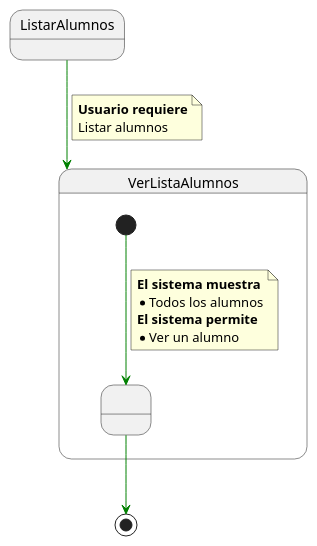
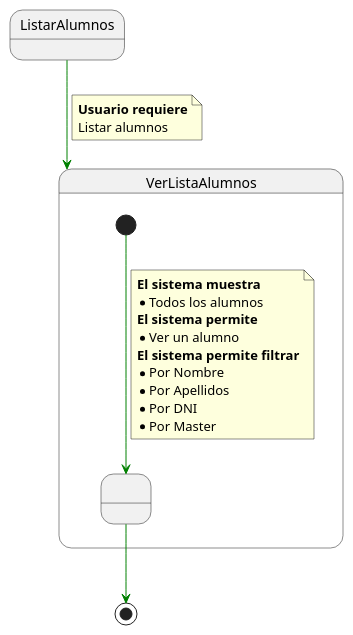
One commit to mmasias/IdSw1-22-23 changed the diagram in 000-entregas/Grupo1/DetalleCasosDeUso/ListarAlumnos.puml. Above: the diagram before and after it, drawn with PlantUML.

```diff
--- a/000-entregas/Grupo1/DetalleCasosDeUso/ListarAlumnos.puml
+++ b/000-entregas/Grupo1/DetalleCasosDeUso/ListarAlumnos.puml
@@ -1,31 +1,36 @@
 @startuml ListarAlumnos
 
 State ListarAlumnos
 
 State VerListaAlumnos{ 
 
   State state1 as " "
 
   [*] -[#green]-> state1
 
   note on link 
     <b>El sistema muestra
     * Todos los alumnos
     <b>El sistema permite
     * Ver un alumno
+    <b>El sistema permite filtrar
+    * Por Nombre
+    * Por Apellidos
+    * Por DNI
+    * Por Master 
   end note
  
 
 } 
 
 ListarAlumnos-[#green]-> VerListaAlumnos
 
 note on link
  <b>Usuario requiere
  Listar alumnos
 end note
 
 state1 -[#green]-> [*] 
 
 
 @enduml
```
